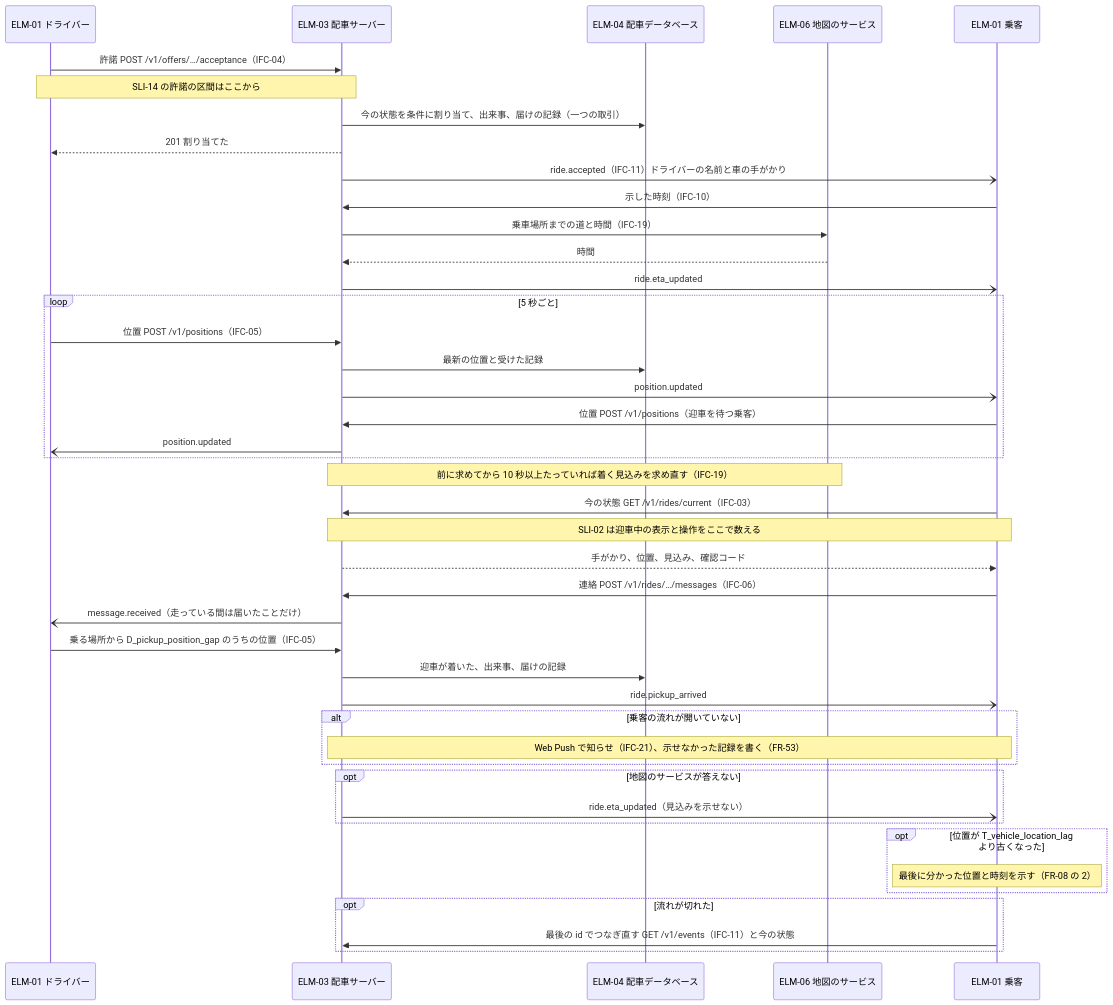
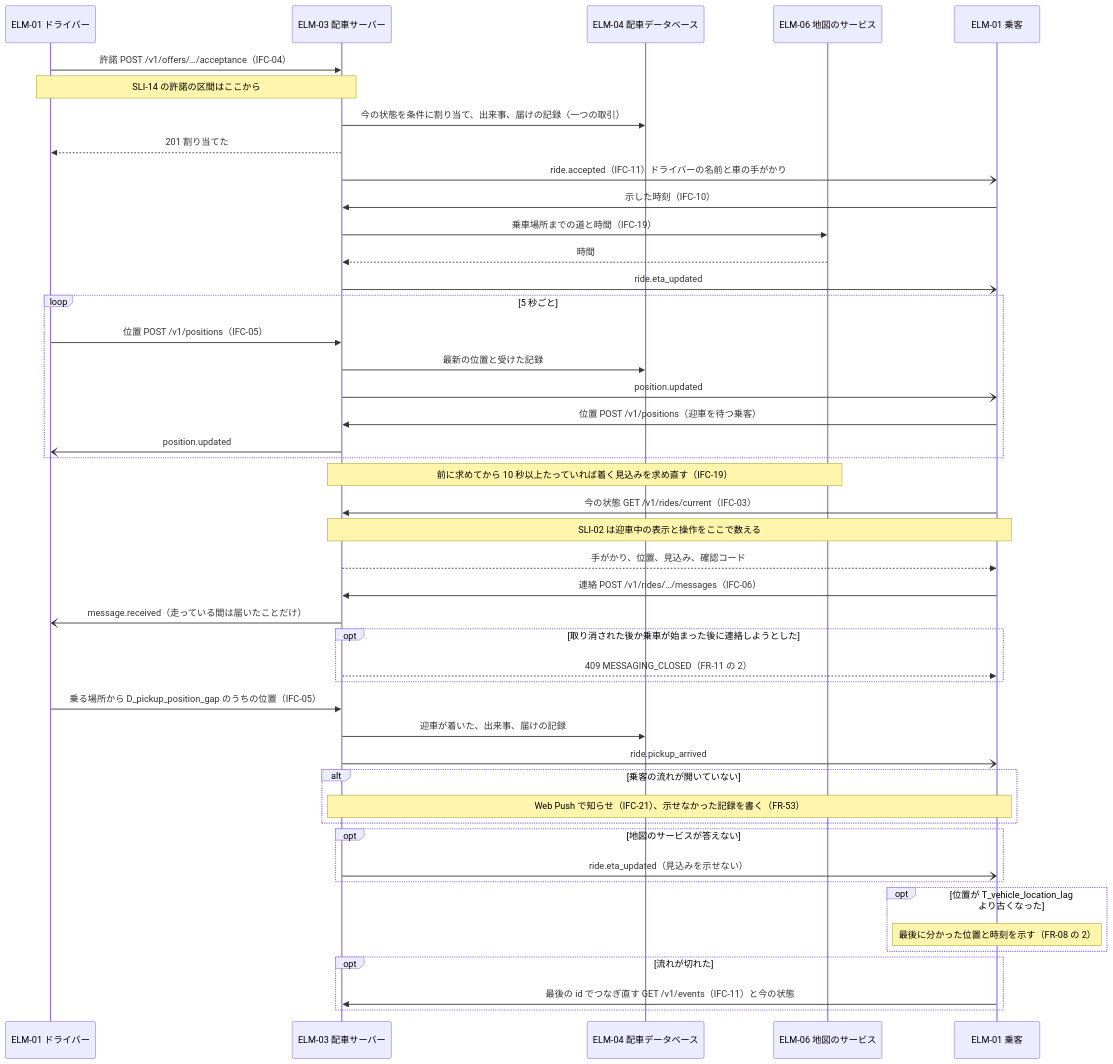
Before and after one commit to Taro000/ride-hailing-app-demo: the fourth of 57 diagrams in docs/design/3-high-level-design.md, drawn with Mermaid. The commit also changed other lines of this file and 51 other files, not shown here.

````diff
--- a/docs/design/3-high-level-design.md
+++ b/docs/design/3-high-level-design.md
@@ -254,45 +271,48 @@
 ```mermaid
 sequenceDiagram
   participant D as ELM-01 ドライバー
   participant S as ELM-03 配車サーバー
   participant DB as ELM-04 配車データベース
   participant M as ELM-06 地図のサービス
   participant P as ELM-01 乗客
   D->>S: 許諾 POST /v1/offers/…/acceptance（IFC-04）
   Note over D,S: SLI-14 の許諾の区間はここから
   S->>DB: 今の状態を条件に割り当て、出来事、届けの記録（一つの取引）
   S-->>D: 201 割り当てた
   S-)P: ride.accepted（IFC-11）ドライバーの名前と車の手がかり
   P->>S: 示した時刻（IFC-10）
   S->>M: 乗車場所までの道と時間（IFC-19）
   M-->>S: 時間
   S-)P: ride.eta_updated
   loop 5 秒ごと
     D->>S: 位置 POST /v1/positions（IFC-05）
     S->>DB: 最新の位置と受けた記録
     S-)P: position.updated
     P->>S: 位置 POST /v1/positions（迎車を待つ乗客）
     S-)D: position.updated
   end
   Note over S,M: 前に求めてから 10 秒以上たっていれば着く見込みを求め直す（IFC-19）
   P->>S: 今の状態 GET /v1/rides/current（IFC-03）
   Note over P,S: SLI-02 は迎車中の表示と操作をここで数える
   S-->>P: 手がかり、位置、見込み、確認コード
   P->>S: 連絡 POST /v1/rides/…/messages（IFC-06）
   S-)D: message.received（走っている間は届いたことだけ）
+  opt 取り消された後か乗車が始まった後に連絡しようとした
+    S-->>P: 409 MESSAGING_CLOSED（FR-11 の 2）
+  end
   D->>S: 乗る場所から D_pickup_position_gap のうちの位置（IFC-05）
   S->>DB: 迎車が着いた、出来事、届けの記録
   S-)P: ride.pickup_arrived
   alt 乗客の流れが開いていない
     Note over S,P: Web Push で知らせ（IFC-21）、示せなかった記録を書く（FR-53）
   end
   opt 地図のサービスが答えない
     S-)P: ride.eta_updated（見込みを示せない）
   end
   opt 位置が T_vehicle_location_lag より古くなった
     Note over P: 最後に分かった位置と時刻を示す（FR-08 の 2）
   end
   opt 流れが切れた
     P->>S: 最後の id でつなぎ直す GET /v1/events（IFC-11）と今の状態
   end
 ```
````
